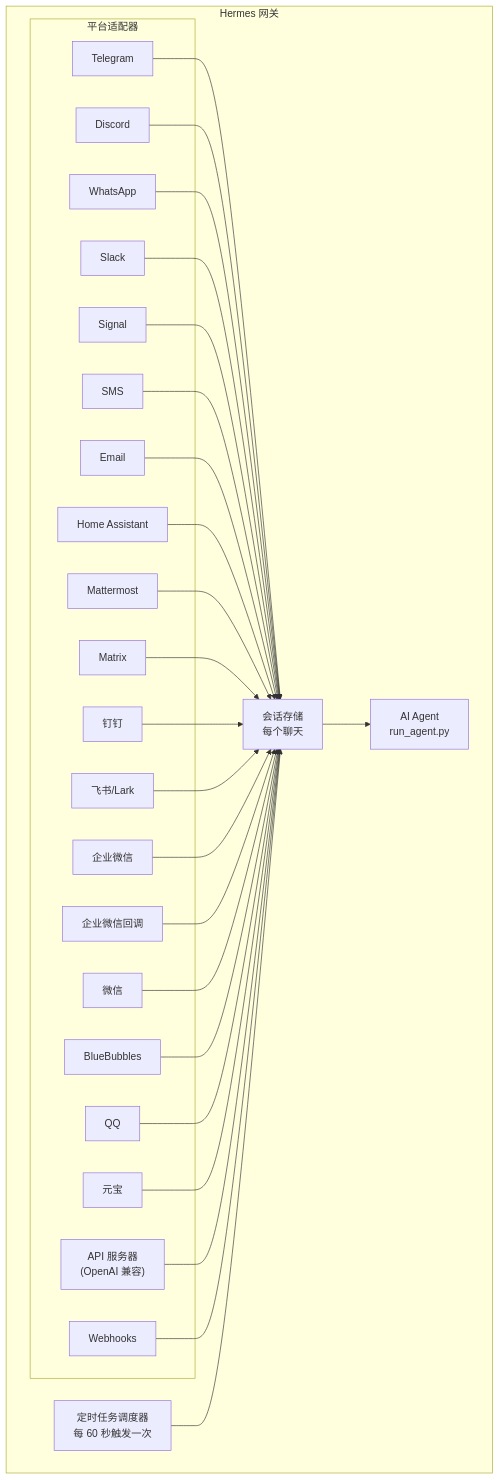
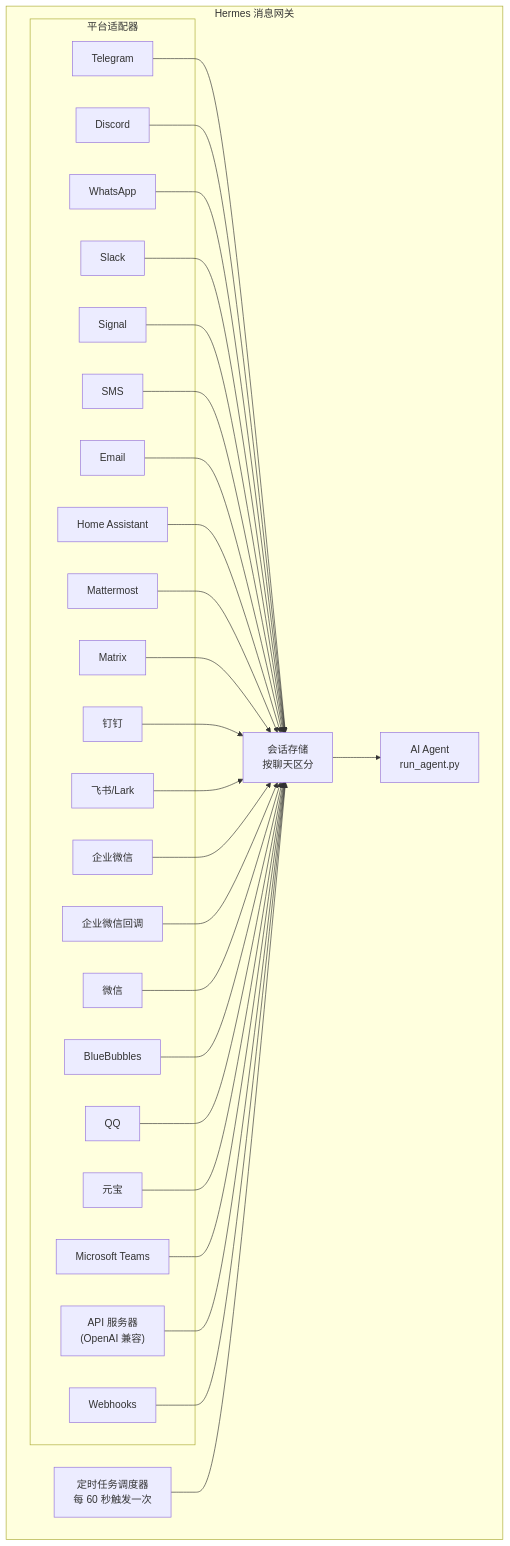
Before and after one commit to lyy0709/hermes-agent-zh: the diagram in translations/docs/user-guide/messaging/index.md, drawn with Mermaid. The commit also changed other lines of this file and 28 other files, not shown here.

````diff
--- a/translations/docs/user-guide/messaging/index.md
+++ b/translations/docs/user-guide/messaging/index.md
@@ -40,54 +41,56 @@
 ```mermaid
 flowchart TB
-    subgraph Gateway["Hermes 网关"]
+    subgraph Gateway["Hermes 消息网关"]
         subgraph Adapters["平台适配器"]
             tg[Telegram]
             dc[Discord]
             wa[WhatsApp]
             sl[Slack]
             sig[Signal]
             sms[SMS]
             em[Email]
             ha[Home Assistant]
             mm[Mattermost]
             mx[Matrix]
             dt[钉钉]
     fs[飞书/Lark]
     wc[企业微信]
     wcb[企业微信回调]
     wx[微信]
     bb[BlueBubbles]
     qq[QQ]
     yb[元宝]
-            api["API 服务器<br/>(OpenAI 兼容)"]
-            wh[Webhooks]
+    ms[Microsoft Teams]
+    api["API 服务器<br/>(OpenAI 兼容)"]
+    wh[Webhooks]
         end
 
-        store["会话存储<br/>每个聊天"]
+        store["会话存储<br/>按聊天区分"]
         agent["AI Agent<br/>run_agent.py"]
         cron["定时任务调度器<br/>每 60 秒触发一次"]
     end
 
     tg --> store
     dc --> store
     wa --> store
     sl --> store
     sig --> store
     sms --> store
     em --> store
     ha --> store
     mm --> store
     mx --> store
     dt --> store
     fs --> store
     wc --> store
     wcb --> store
     wx --> store
     bb --> store
     qq --> store
     yb --> store
+    ms --> store
     api --> store
     wh --> store
     store --> agent
     cron --> store
 ```
````
